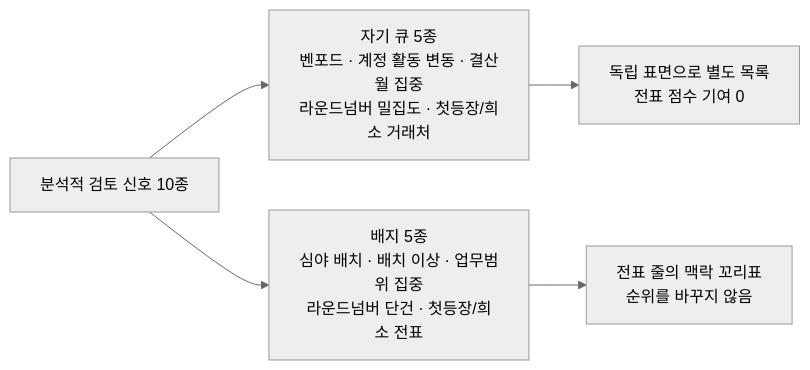
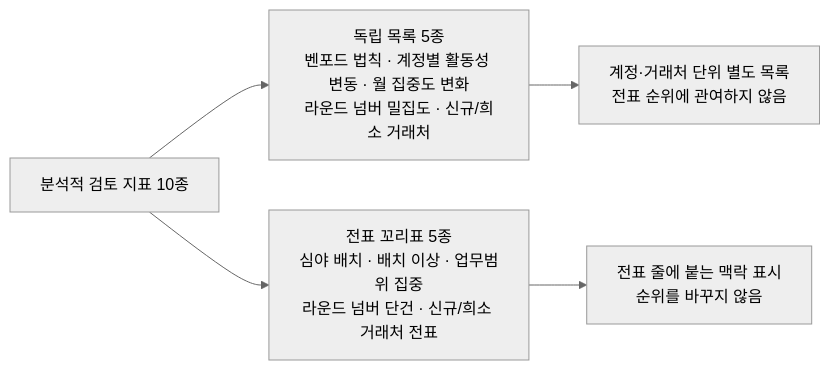
The third of 3 diagrams in README.md (ghdtjrgns321-creator/local-ai-journal-assist), drawn with Mermaid (neutral theme) before and after one commit. The commit also changed other lines of this file, not shown here.

````diff
--- a/README.md
+++ b/README.md
@@ -618,8 +646,8 @@
 ```mermaid
 graph LR
-    S["분석적 검토 신호 10종"]
-    S --> Q["자기 큐 5종<br/>벤포드 · 계정 활동 변동 · 결산월 집중<br/>라운드넘버 밀집도 · 첫등장/희소 거래처"]
-    S --> G["배지 5종<br/>심야 배치 · 배치 이상 · 업무범위 집중<br/>라운드넘버 단건 · 첫등장/희소 전표"]
-    Q --> QR["독립 표면으로 별도 목록<br/>전표 점수 기여 0"]
-    G --> GR["전표 줄의 맥락 꼬리표<br/>순위를 바꾸지 않음"]
+    S["분석적 검토 지표 10종"]
+    S --> Q["독립 목록 5종<br/>벤포드 법칙 · 계정별 활동성 변동 · 월 집중도 변화<br/>라운드 넘버 밀집도 · 신규/희소 거래처"]
+    S --> G["전표 꼬리표 5종<br/>심야 배치 · 배치 이상 · 업무범위 집중<br/>라운드 넘버 단건 · 신규/희소 거래처 전표"]
+    Q --> QR["계정·거래처 단위 별도 목록<br/>전표 순위에 관여하지 않음"]
+    G --> GR["전표 줄에 붙는 맥락 표시<br/>순위를 바꾸지 않음"]
 ```
````
